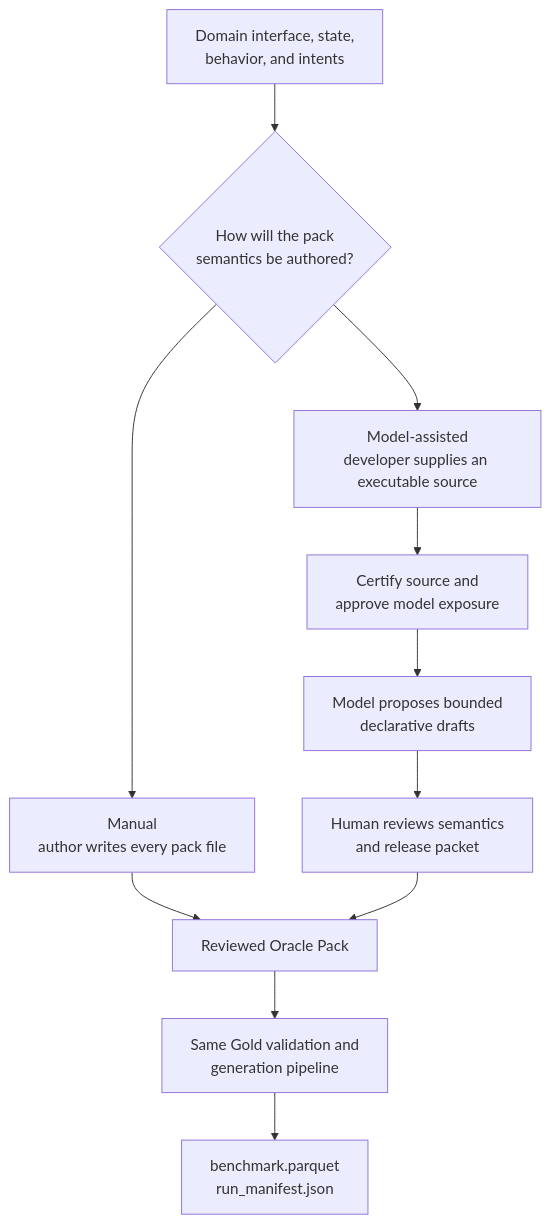
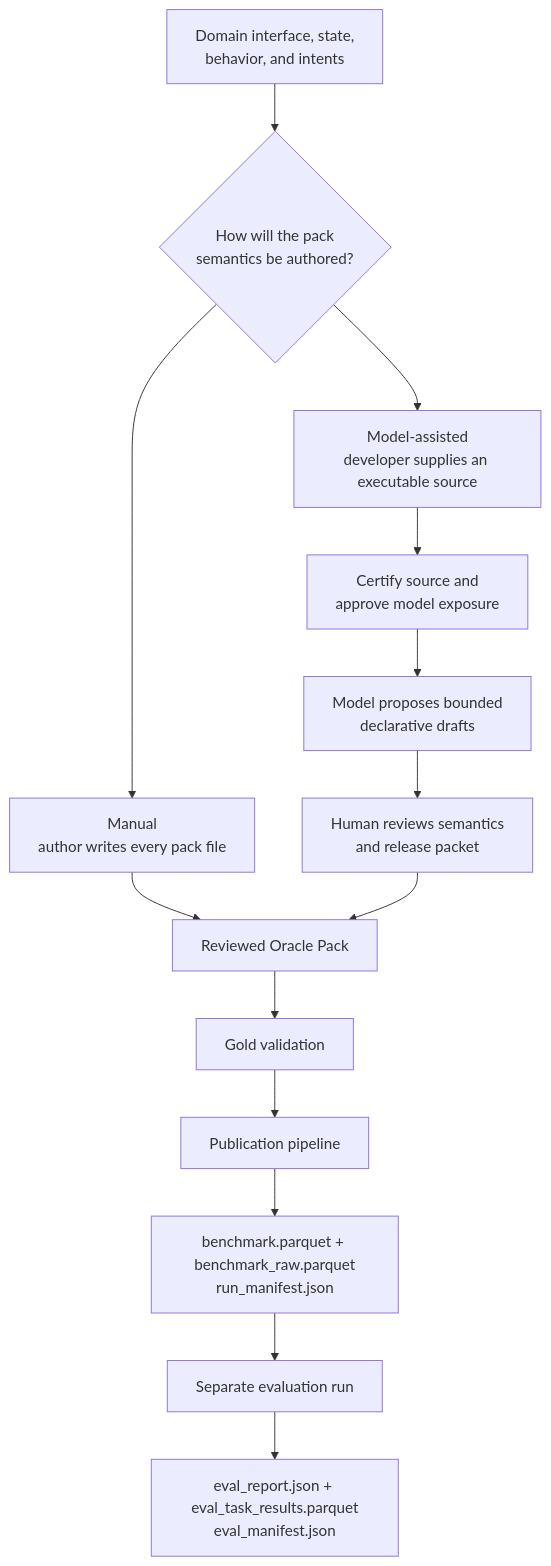
Before and after one commit to mikemckiernan/Nemotron: the diagram in docs/build-benchmarks/function-calling/how-to/start-from-domain-data.md, drawn with Mermaid. The commit also changed other lines of this file and 2 other files, not shown here.

Commit message:
docs: clarify BFCL publication and evaluation flow

````diff
--- a/docs/build-benchmarks/function-calling/how-to/start-from-domain-data.md
+++ b/docs/build-benchmarks/function-calling/how-to/start-from-domain-data.md
@@ -74,18 +91,21 @@
 ```mermaid
 flowchart TB
   START["Domain interface, state,<br/>behavior, and intents"]
   Q{"How will the pack<br/>semantics be authored?"}
   MANUAL["Manual<br/>author writes every pack file"]
   SOURCE["Model-assisted<br/>developer supplies an executable source"]
   INTAKE["Certify source and<br/>approve model exposure"]
   DRAFT["Model proposes bounded<br/>declarative drafts"]
   REVIEW["Human reviews semantics<br/>and release packet"]
   PACK["Reviewed Oracle Pack"]
-  GOLD["Same Gold validation and<br/>generation pipeline"]
-  OUT["benchmark.parquet<br/>run_manifest.json"]
+  GOLD["Gold validation"]
+  PUBLISH["Publication pipeline"]
+  OUT["benchmark.parquet + benchmark_raw.parquet<br/>run_manifest.json"]
+  EVAL["Separate evaluation run"]
+  RESULT["eval_report.json + eval_task_results.parquet<br/>eval_manifest.json"]
 
   START --> Q
   Q --> MANUAL --> PACK
   Q --> SOURCE --> INTAKE --> DRAFT --> REVIEW --> PACK
-  PACK --> GOLD --> OUT
+  PACK --> GOLD --> PUBLISH --> OUT --> EVAL --> RESULT
 ```
````
